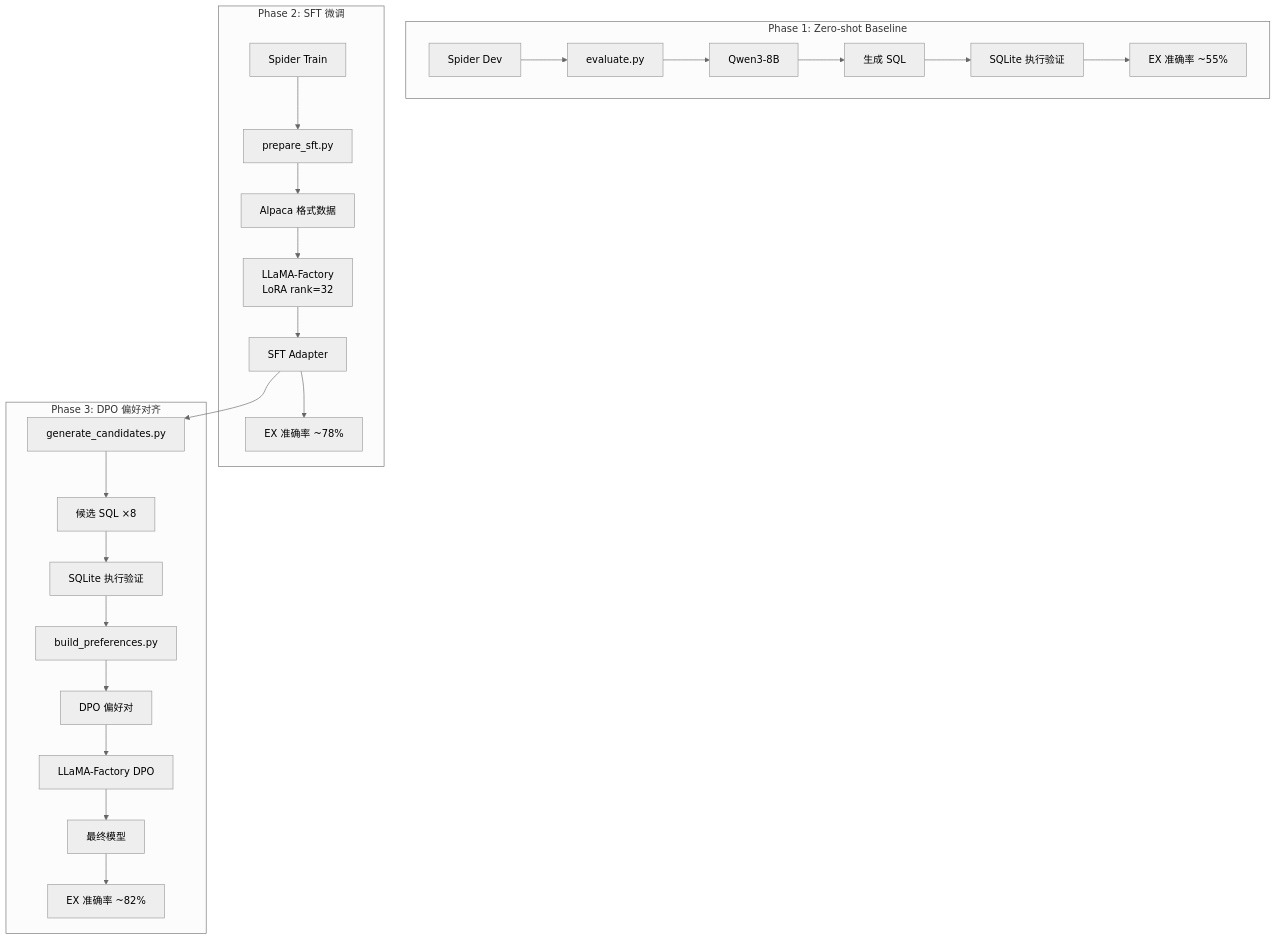
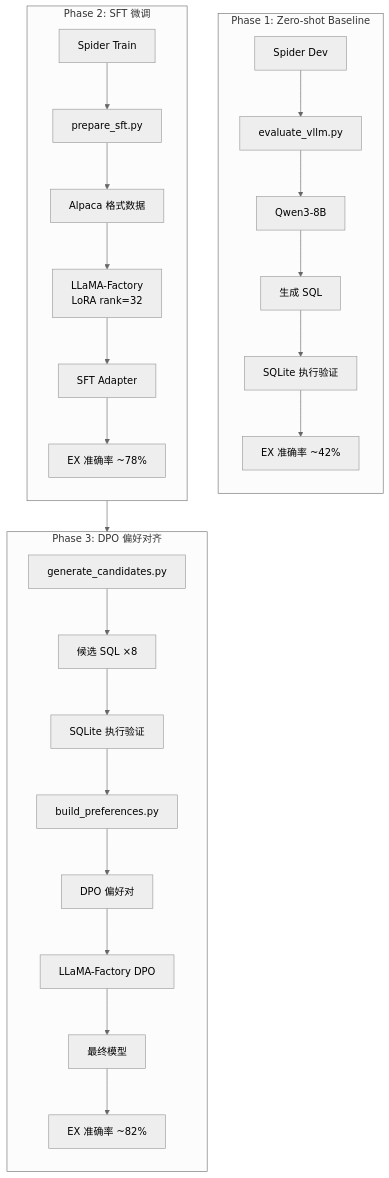
The diagram in README.md (gzhzk/alignsql), drawn with Mermaid (neutral theme) before and after one commit.

Commit message:
fix: align flowchart subgraph direction and accuracy

````diff
--- a/README.md
+++ b/README.md
@@ -9,29 +9,32 @@
 ```mermaid
 flowchart TB
     subgraph Phase1["Phase 1: Zero-shot Baseline"]
-        A1[Spider Dev] --> B1[evaluate.py]
+        direction TB
+        A1[Spider Dev] --> B1[evaluate_vllm.py]
         B1 --> C1[Qwen3-8B]
         C1 --> D1[生成 SQL]
         D1 --> E1[SQLite 执行验证]
-        E1 --> F1[EX 准确率 ~55%]
+        E1 --> F1[EX 准确率 ~42%]
     end
 
     subgraph Phase2["Phase 2: SFT 微调"]
+        direction TB
         A2[Spider Train] --> B2[prepare_sft.py]
         B2 --> C2[Alpaca 格式数据]
         C2 --> D2[LLaMA-Factory<br/>LoRA rank=32]
         D2 --> E2[SFT Adapter]
         E2 --> F2[EX 准确率 ~78%]
     end
 
     subgraph Phase3["Phase 3: DPO 偏好对齐"]
+        direction TB
         E2 --> G1[generate_candidates.py]
         G1 --> G2[候选 SQL ×8]
         G2 --> G3[SQLite 执行验证]
         G3 --> G4[build_preferences.py]
         G4 --> G5[DPO 偏好对]
         G5 --> G6[LLaMA-Factory DPO]
         G6 --> G7[最终模型]
         G7 --> G8[EX 准确率 ~82%]
     end
 ```
````
